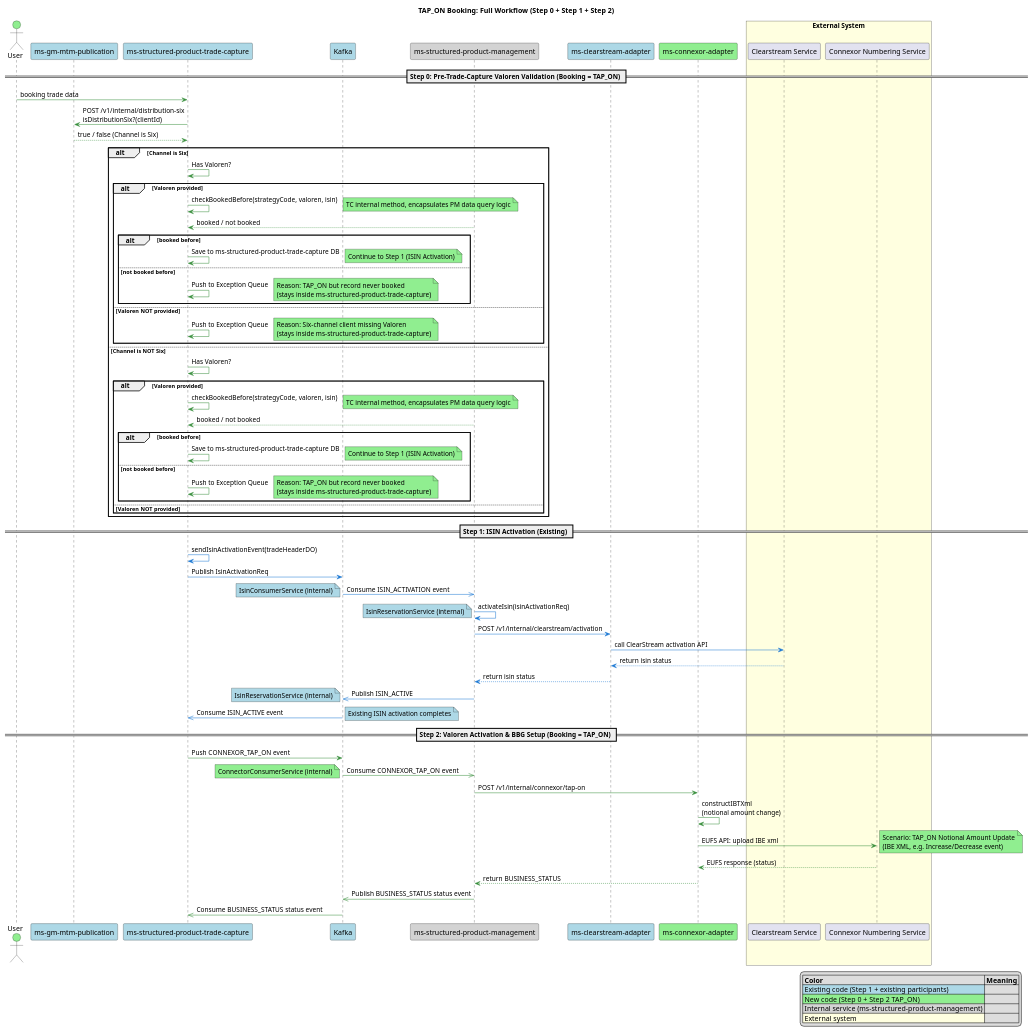
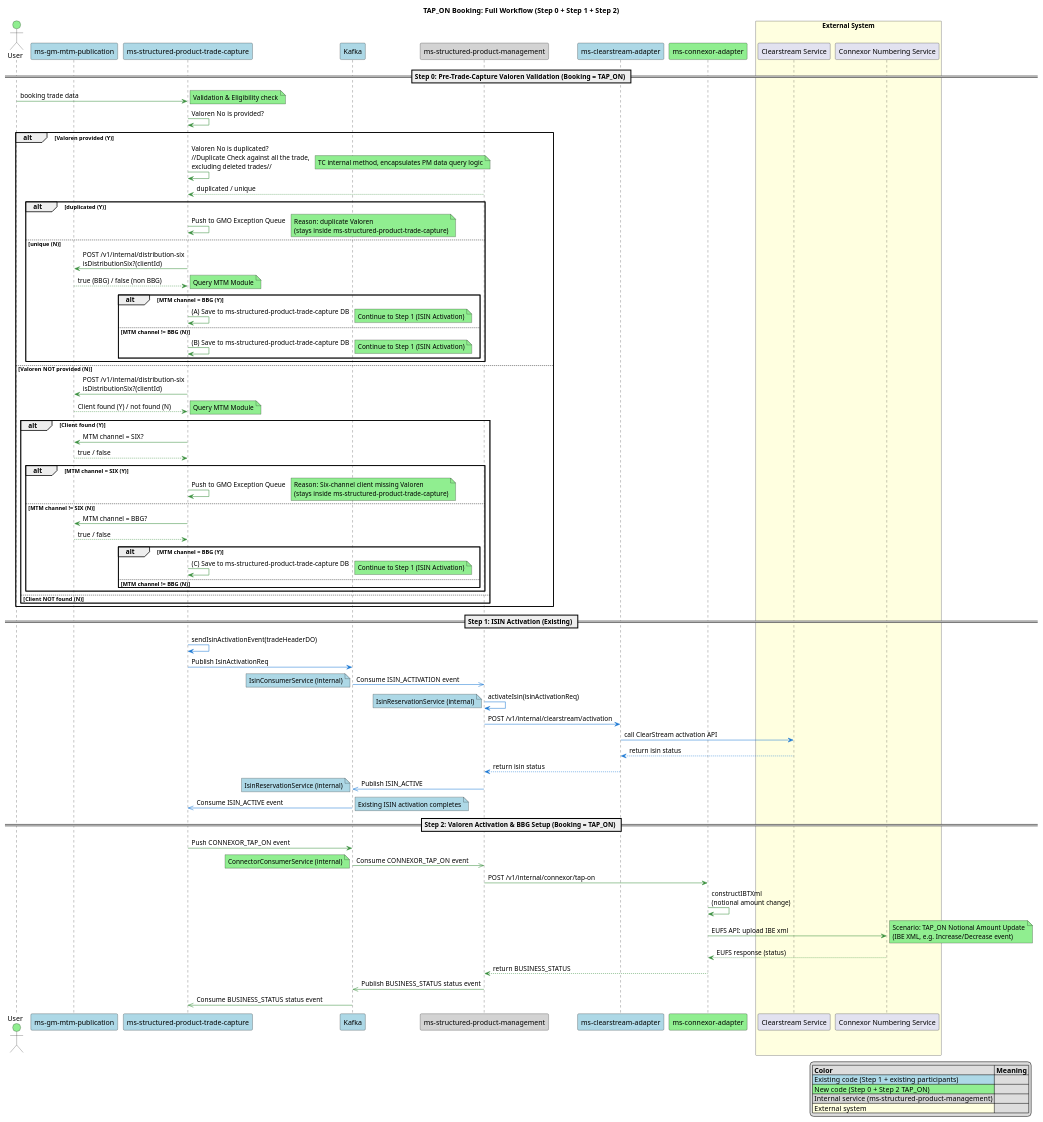
One commit to zhupingcmm/stock-trading changed the diagram in 01-tap-on-workflow.puml. Above: the diagram before and after it, drawn with PlantUML. The commit also changed 4 other files, not shown here.

```diff
--- a/01-tap-on-workflow.puml
+++ b/01-tap-on-workflow.puml
@@ -1,108 +1,122 @@
 @startuml
 title TAP_ON Booking: Full Workflow (Step 0 + Step 1 + Step 2)
 
 ' User Submitted Data (User/Operator) & ms-gm-mtm-publication (Existing service, new request implementation)
 actor User as upstream #LightGreen
 participant "ms-gm-mtm-publication" as mtm #LightBlue
 
 ' ms-structured-product-trade-capture & Kafka
 participant "ms-structured-product-trade-capture" as tc #LightBlue
 participant Kafka as kafka #LightBlue
 
 ' ms-structured-product-management (merged: IsinConsumerService + IsinReservationService + ConnectorService + ConnectorConsumerService)
 participant "ms-structured-product-management" as pm #LightGray
 
 ' Adapters
 participant "ms-clearstream-adapter" as cs_adapter #LightBlue
 participant "ms-connexor-adapter" as adapter #LightGreen
 
 ' External systems
 box "External System" #LightYellow
     participant "Clearstream Service" as cs
     participant "Connexor Numbering Service" as connexor
 end box
 
 == Step 0: Pre-Trade-Capture Valoren Validation (Booking = TAP_ON) ==
-' Trigger: Booking = TAP_ON
+' Trigger: Booking = TAP_ON; new validation rules (Duplicate Check + MTM channel checks)
 upstream -[#388E3C]> tc : booking trade data
-tc -[#388E3C]> mtm : POST /v1/internal/distribution-six\nisDistributionSix?(clientId)
-mtm -[#388E3C]--> tc : true / false (Channel is Six)
+note right #LightGreen : Validation & Eligibility check
 
-alt Channel is Six
-    tc -[#388E3C]> tc : Has Valoren?
+tc -[#388E3C]> tc : Valoren No is provided?
 
-    alt Valoren provided
-        tc -[#388E3C]> tc : checkBookedBefore(strategyCode, valoren, isin)
-        note right #LightGreen : TC internal method, encapsulates PM data query logic
-        pm -[#388E3C]--> tc : booked / not booked
+alt Valoren provided (Y)
+    ' ---- Branch A: duplicate check ----
+    tc -[#388E3C]> tc : Valoren No is duplicated?\n//Duplicate Check against all the trade,\nexcluding deleted trades//
+    note right #LightGreen : TC internal method, encapsulates PM data query logic
+    pm -[#388E3C]--> tc : duplicated / unique
 
-        alt booked before
-            tc -[#388E3C]> tc : Save to ms-structured-product-trade-capture DB
+    alt duplicated (Y)
+        tc -[#388E3C]> tc : Push to GMO Exception Queue
+        note right #LightGreen : Reason: duplicate Valoren\n(stays inside ms-structured-product-trade-capture)
+    else unique (N)
+        ' ---- Branch B: query MTM, channel check ----
+        tc -[#388E3C]> mtm : POST /v1/internal/distribution-six\nisDistributionSix?(clientId)
+        mtm -[#388E3C]--> tc : true (BBG) / false (non BBG)
+        note right #LightGreen : Query MTM Module
+
+        alt MTM channel = BBG (Y)
+            tc -[#388E3C]> tc : (A) Save to ms-structured-product-trade-capture DB
             note right #LightGreen : Continue to Step 1 (ISIN Activation)
-        else not booked before
-            tc -[#388E3C]> tc : Push to Exception Queue
-            note right #LightGreen : Reason: TAP_ON but record never booked\n(stays inside ms-structured-product-trade-capture)
+        else MTM channel != BBG (N)
+            tc -[#388E3C]> tc : (B) Save to ms-structured-product-trade-capture DB
+            note right #LightGreen : Continue to Step 1 (ISIN Activation)
         end
-    else Valoren NOT provided
-        tc -[#388E3C]> tc : Push to Exception Queue
-        note right #LightGreen : Reason: Six-channel client missing Valoren\n(stays inside ms-structured-product-trade-capture)
     end
-else Channel is NOT Six
-    tc -[#388E3C]> tc : Has Valoren?
+else Valoren NOT provided (N)
+    ' ---- Branch C: query MTM for Client + channel check ----
+    tc -[#388E3C]> mtm : POST /v1/internal/distribution-six\nisDistributionSix?(clientId)
+    mtm -[#388E3C]--> tc : Client found (Y) / not found (N)
+    note right #LightGreen : Query MTM Module
 
-    alt Valoren provided
-        tc -[#388E3C]> tc : checkBookedBefore(strategyCode, valoren, isin)
-        note right #LightGreen : TC internal method, encapsulates PM data query logic
-        pm -[#388E3C]--> tc : booked / not booked
+    alt Client found (Y)
+        tc -[#388E3C]> mtm : MTM channel = SIX?
+        mtm -[#388E3C]--> tc : true / false
 
-        alt booked before
-            tc -[#388E3C]> tc : Save to ms-structured-product-trade-capture DB
-            note right #LightGreen : Continue to Step 1 (ISIN Activation)
-        else not booked before
-            tc -[#388E3C]> tc : Push to Exception Queue
-            note right #LightGreen : Reason: TAP_ON but record never booked\n(stays inside ms-structured-product-trade-capture)
+        alt MTM channel = SIX (Y)
+            tc -[#388E3C]> tc : Push to GMO Exception Queue
+            note right #LightGreen : Reason: Six-channel client missing Valoren\n(stays inside ms-structured-product-trade-capture)
+        else MTM channel != SIX (N)
+            tc -[#388E3C]> mtm : MTM channel = BBG?
+            mtm -[#388E3C]--> tc : true / false
+
+            alt MTM channel = BBG (Y)
+                tc -[#388E3C]> tc : (C) Save to ms-structured-product-trade-capture DB
+                note right #LightGreen : Continue to Step 1 (ISIN Activation)
+            else MTM channel != BBG (N)
+                note right #LightGreen : Not required for Connexor interface
+            end
         end
-    else Valoren NOT provided
-        note right #LightGreen : no-op
+    else Client NOT found (N)
+        note right #LightGreen : Not required for Connexor interface
     end
 end
 
 == Step 1: ISIN Activation (Existing) ==
 tc -[#1976D2]> tc : sendIsinActivationEvent(tradeHeaderDO)
 tc -[#1976D2]> kafka : Publish IsinActivationReq
 kafka -[#1976D2]>> pm : Consume ISIN_ACTIVATION event
 note left #LightBlue : IsinConsumerService (internal)
 pm -[#1976D2]> pm : activateIsin(isinActivationReq)
 note left #LightBlue : IsinReservationService (internal)
 pm -[#1976D2]> cs_adapter : POST /v1/internal/clearstream/activation
 cs_adapter -[#1976D2]> cs : call ClearStream activation API
 cs -[#1976D2]--> cs_adapter : return isin status
 cs_adapter -[#1976D2]--> pm : return isin status
 pm -[#1976D2]>> kafka : Publish ISIN_ACTIVE
 note left #LightBlue : IsinReservationService (internal)
 kafka -[#1976D2]>> tc : Consume ISIN_ACTIVE event
 note right #LightBlue : Existing ISIN activation completes
 
 == Step 2: Valoren Activation & BBG Setup (Booking = TAP_ON) ==
 tc -[#388E3C]> kafka : Push CONNEXOR_TAP_ON event
 kafka -[#388E3C]>> pm : Consume CONNEXOR_TAP_ON event
 note left #LightGreen : ConnectorConsumerService (internal)
 
 pm -[#388E3C]> adapter : POST /v1/internal/connexor/tap-on
 adapter -[#388E3C]> adapter : constructIBTXml\n(notional amount change)
 adapter -[#388E3C]> connexor : EUFS API: upload IBE xml
 note right #LightGreen : Scenario: TAP_ON Notional Amount Update\n(IBE XML, e.g. Increase/Decrease event)
 connexor -[#388E3C]--> adapter : EUFS response (status)
 adapter -[#388E3C]--> pm : return BUSINESS_STATUS
 pm -[#388E3C]>> kafka : Publish BUSINESS_STATUS status event
 kafka -[#388E3C]>> tc : Consume BUSINESS_STATUS status event
 
 legend right
     |= Color |= Meaning |
     |<#LightBlue> Existing code (Step 1 + existing participants) |
     |<#LightGreen> New code (Step 0 + Step 2 TAP_ON) |
     |<#LightGray> Internal service (ms-structured-product-management) |
     |<#LightYellow> External system |
 endlegend
 
 @enduml
```
